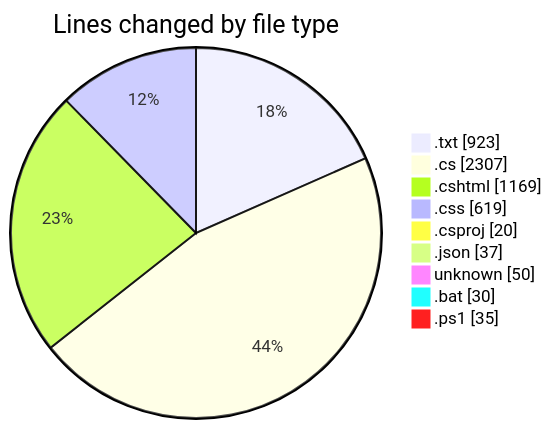
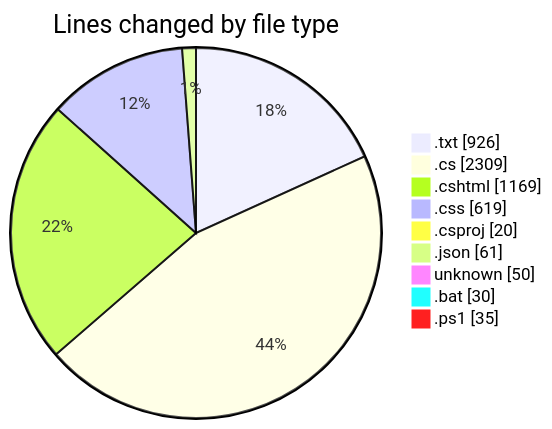
The first of 2 diagrams in 2025-07-26/quanlyrapchieuphim-1/README.md (lephambinh05/code-tracking), drawn with Mermaid before and after one commit. The commit also changed other lines of this file and 1 other file, not shown here.

````diff
--- a/2025-07-26/quanlyrapchieuphim-1/README.md
+++ b/2025-07-26/quanlyrapchieuphim-1/README.md
@@ -36,13 +37,13 @@
 ```mermaid
 pie showData
 title Lines changed by file type
-".txt" : 923
-".cs" : 2307
+".txt" : 926
+".cs" : 2309
 ".cshtml" : 1169
 ".css" : 619
 ".csproj" : 20
-".json" : 37
+".json" : 61
 "unknown" : 50
 ".bat" : 30
 ".ps1" : 35
 ```
````
